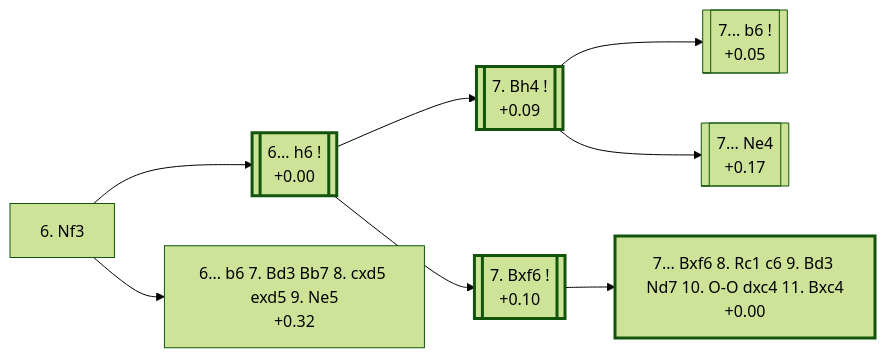
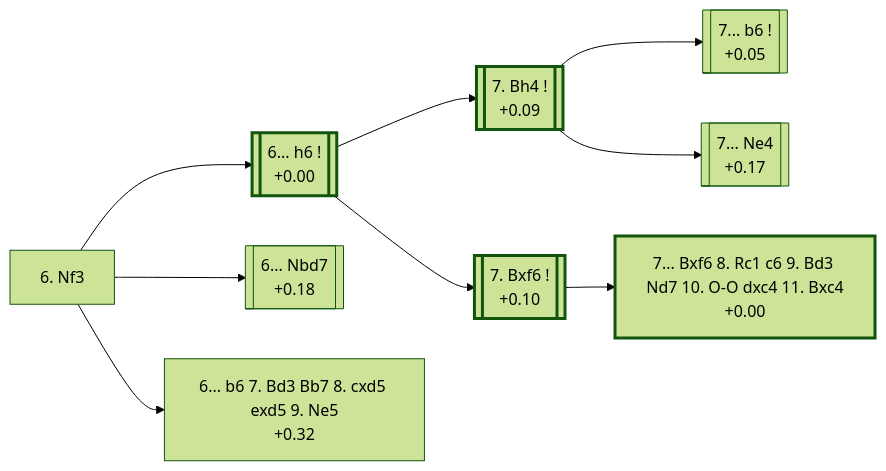
Before and after one commit to onclemarcel/chess_flashcards: the diagram in d4_openings/D55_Queens_Gambit_Declined_Neo_Orthodox.md, drawn with Mermaid (forest theme). The commit also changed other lines of this file and 13 other files, not shown here.

````diff
--- a/d4_openings/D55_Queens_Gambit_Declined_Neo_Orthodox.md
+++ b/d4_openings/D55_Queens_Gambit_Declined_Neo_Orthodox.md
@@ -12,25 +12,27 @@
 ```mermaid
 flowchart LR
     classDef main stroke-width:3px;
 
     Nf3["6. Nf3"]
     click Nf3 "#_initial_move_" "D55 · Queen's Gambit Declined: Modern Variation, Normal Line"
 
     Nf3 --> h6v[["6... h6 !<br/>+0.00"]]:::main
     click h6v "#_NeoOrthodox_" "D55 · Queen's Gambit Declined: Neo-Orthodox Variation"
+    Nf3 --> Nbd7v[["6... Nbd7<br/>+0.18"]]
+    click Nbd7v "https://github.com/onclemarcel/chess_flashcards/blob/main/d4_openings/D60_Queens_Gambit_Declined_Orthodox_Defense.md" "D60 · Queen's Gambit Declined: Orthodox Defense"
     Nf3 --> b6v["6... b6 7. Bd3 Bb7 8. cxd5 exd5 9. Ne5<br/>+0.32"]
     click b6v "#_Pillsbury_" "D55 · Queen's Gambit Declined: Pillsbury Attack"
 
     h6v --> Bh4v[["7. Bh4 !<br/>+0.09"]]:::main
     click Bh4v "#_Bh4_" "D55 · Queen's Gambit Declined: Neo-Orthodox Variation, 7.Bh4"
     h6v --> Bxf6v[["7. Bxf6 !<br/>+0.10"]]:::main
     click Bxf6v "#_Bxf6_" "D55 · Queen's Gambit Declined: Neo-Orthodox Variation, 7.Bxf6"
 
     Bxf6v --> Petrosianv["7... Bxf6 8. Rc1 c6 9. Bd3 Nd7 10. O-O dxc4 11. Bxc4<br/>+0.00"]:::main
     click Petrosianv "#_Petrosian_" "D55 · Queen's Gambit Declined: Petrosian Variation"
 
     Bh4v --> Ovb6v[["7... b6 !<br/>+0.05"]]
     click Ovb6v "https://github.com/onclemarcel/chess_flashcards/blob/main/d4_openings/D58_Queens_Gambit_Declined_Tartakower_System.md" "D58 · Queen's Gambit Declined: Tartakower Defense"
     Bh4v --> Ovne4v[["7... Ne4<br/>+0.17"]]
     click Ovne4v "https://github.com/onclemarcel/chess_flashcards/blob/main/d4_openings/D56_Queens_Gambit_Declined_Lasker_Defense.md" "D56 · Queen's Gambit Declined: Lasker Defense"
 ```
````
